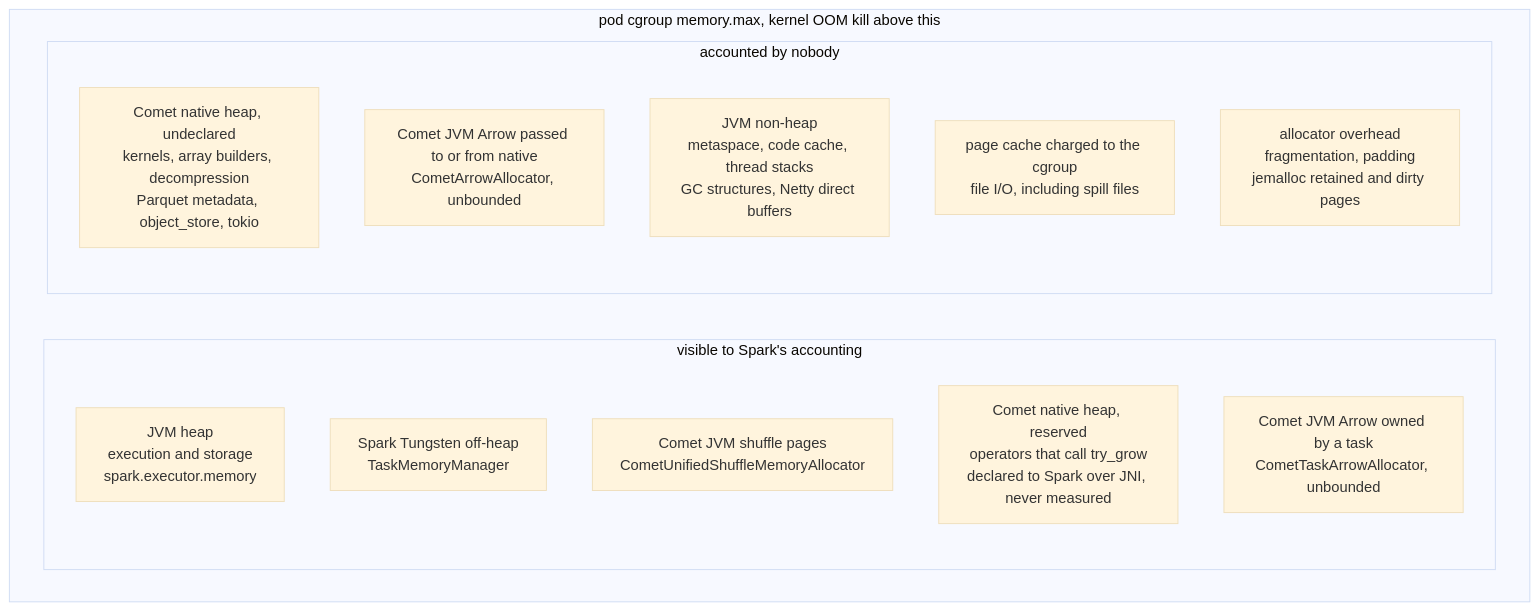
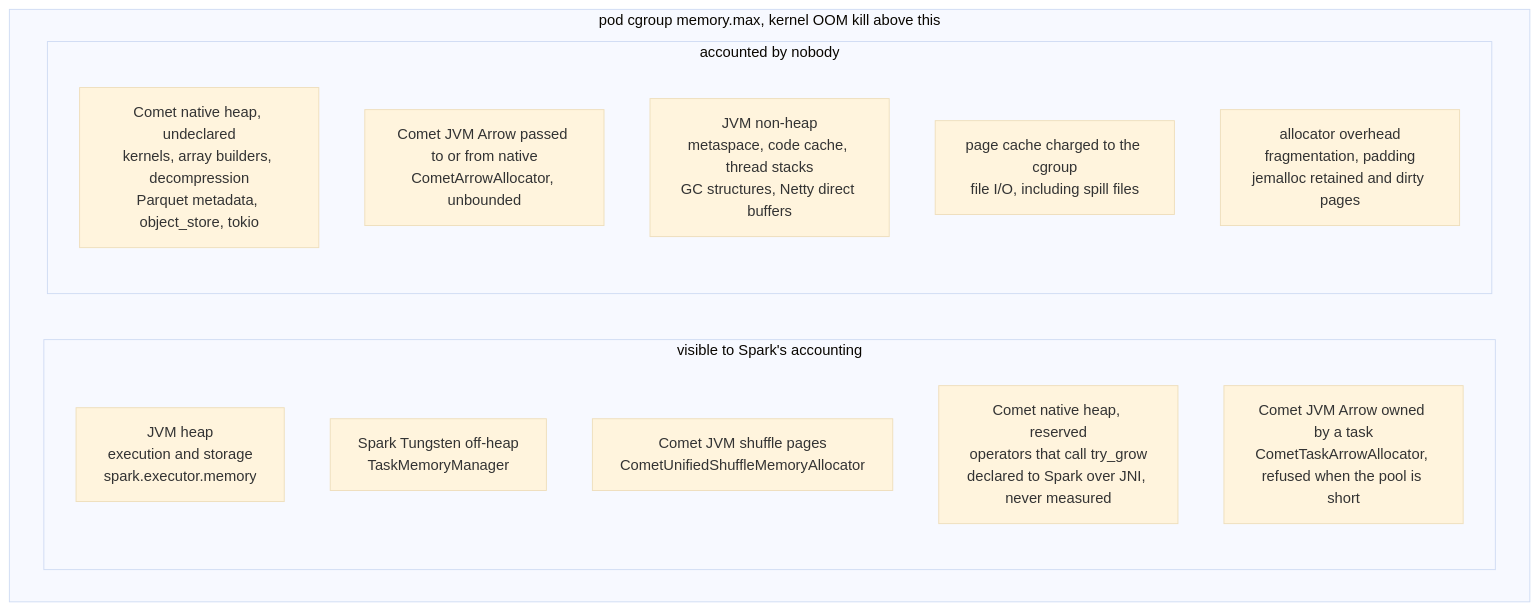
Before and after one commit to apache/datafusion-comet: the second of 2 diagrams in docs/source/contributor-guide/memory_management.md, drawn with Mermaid (base theme). The commit also changed other lines of this file and 9 other files, not shown here.

````diff
--- a/docs/source/contributor-guide/memory_management.md
+++ b/docs/source/contributor-guide/memory_management.md
@@ -532,19 +536,19 @@
 ```mermaid
 flowchart TB
   subgraph CG["pod cgroup memory.max, kernel OOM kill above this"]
     subgraph SEEN["visible to Spark's accounting"]
       HEAP["JVM heap<br>execution and storage<br>spark.executor.memory"]
       TUNG["Spark Tungsten off-heap<br>TaskMemoryManager"]
       SHUFP["Comet JVM shuffle pages<br>CometUnifiedShuffleMemoryAllocator"]
       NATRES["Comet native heap, reserved<br>operators that call try_grow<br>declared to Spark over JNI, never measured"]
-      ARROWT["Comet JVM Arrow owned by a task<br>CometTaskArrowAllocator, unbounded"]
+      ARROWT["Comet JVM Arrow owned by a task<br>CometTaskArrowAllocator, refused when the pool is short"]
     end
     subgraph NONE["accounted by nobody"]
       NATUND["Comet native heap, undeclared<br>kernels, array builders, decompression<br>Parquet metadata, object_store, tokio"]
       ARROWR["Comet JVM Arrow passed to or from native<br>CometArrowAllocator, unbounded"]
       NONHEAP["JVM non-heap<br>metaspace, code cache, thread stacks<br>GC structures, Netty direct buffers"]
       PAGEC["page cache charged to the cgroup<br>file I/O, including spill files"]
       FRAG["allocator overhead<br>fragmentation, padding<br>jemalloc retained and dirty pages"]
     end
   end
 ```
````
